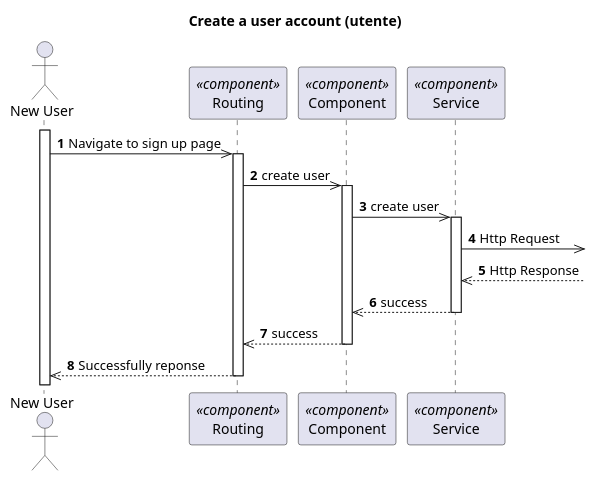
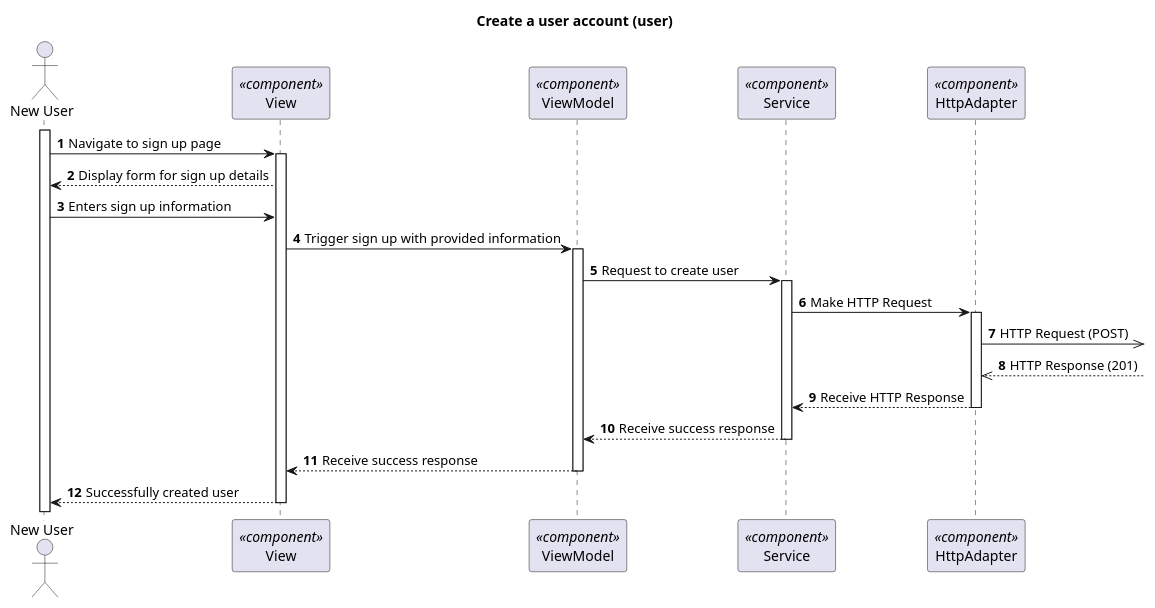
One commit to 1210910/lapr5 changed the diagram in docs/VistaProcesso/US20/Visualization/ProcessView_Level3_US20.puml. Above: the diagram before and after it, drawn with PlantUML. The commit also changed 6 other files, not shown here.

```diff
--- a/docs/VistaProcesso/US20/Visualization/ProcessView_Level3_US20.puml
+++ b/docs/VistaProcesso/US20/Visualization/ProcessView_Level3_US20.puml
@@ -1,34 +1,35 @@
 @startuml Process View - Level 3
 
 autonumber
 skinparam packageStyle rect
 
-title Create a user account (utente)
+title Create a user account (user)
 
 actor "New User" as NU
-participant "Routing" as routing <<component>>
-participant "Component" as comp <<component>>
+participant "View" as view <<component>>
+participant "ViewModel" as viewModel <<component>>
 participant "Service" as service <<component>>
+participant "HttpAdapter" as httpAdapter <<component>>
 
 activate NU
-NU->> routing : Navigate to sign up page
-activate routing
-routing ->> comp : create user
-
-activate comp
-comp ->> service : create user
-
+NU-> view : Navigate to sign up page
+activate view
+view --> NU : Display form for sign up details
+NU -> view : Enters sign up information
+view -> viewModel : Trigger sign up with provided information
+activate viewModel
+viewModel -> service : Request to create user
 activate service
-service ->> : Http Request
-service <<-- : Http Response
-
-service -->> comp : success
+service -> httpAdapter : Make HTTP Request
+activate httpAdapter
+httpAdapter ->> : HTTP Request (POST)
+httpAdapter <<-- : HTTP Response (201)
+httpAdapter --> service : Receive HTTP Response
+deactivate httpAdapter
+service --> viewModel : Receive success response
 deactivate service
-
-comp -->> routing : success
-deactivate comp
-
-NU<<-- routing : Successfully reponse
-deactivate routing
-
+viewModel --> view : Receive success response
+deactivate viewModel
+view --> NU : Successfully created user
+deactivate view
 @enduml
```
